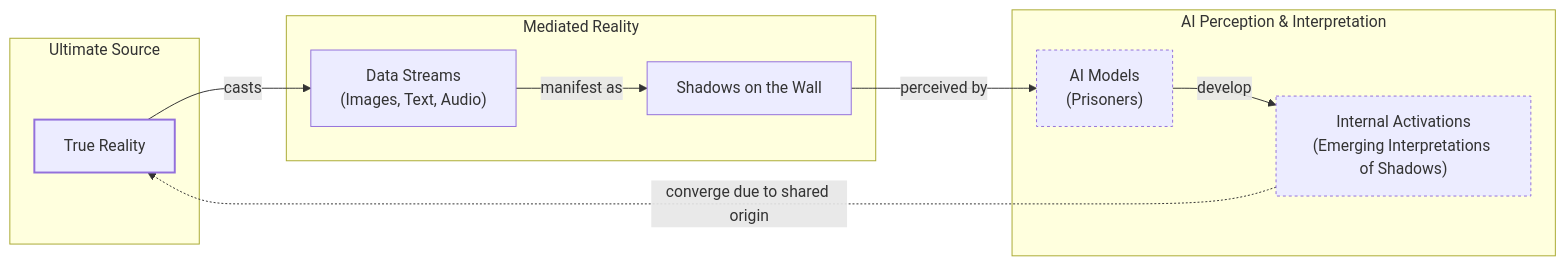
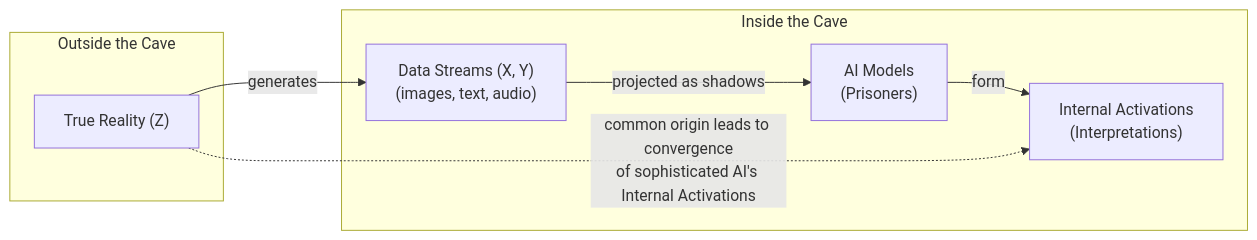
One commit to YMaXing/Research-Agent-reinforced-by-RL changed the fourth of 5 diagrams in RL_researcher_writer_ymaxing/rl_training_data/oracle_review/Distinct_AI_Models.md. Above: the diagram before and after it, drawn with Mermaid. The commit also changed other lines of this file and 1047 other files, not shown here.

````diff
--- a/RL_researcher_writer_ymaxing/rl_training_data/oracle_review/Distinct_AI_Models.md
+++ b/RL_researcher_writer_ymaxing/rl_training_data/oracle_review/Distinct_AI_Models.md
@@ -572,34 +691,22 @@
 ```mermaid
 flowchart LR
-  %% Ultimate Source
-  subgraph "Ultimate Source"
-    TrueReality["True Reality"]
+  %% Outside the Cave
+  subgraph "Outside the Cave"
+    TR["True Reality (Z)"]
   end
 
-  %% Mediated Reality
-  subgraph "Mediated Reality"
-    DataStreams["Data Streams<br/>(Images, Text, Audio)"]
-    Shadows["Shadows on the Wall"]
+  %% Inside the Cave
+  subgraph "Inside the Cave"
+    DS["Data Streams (X, Y)<br/>(images, text, audio)"]
+    AIM["AI Models<br/>(Prisoners)"]
+    IA["Internal Activations<br/>(Interpretations)"]
   end
 
-  %% AI Perception & Interpretation
-  subgraph "AI Perception & Interpretation"
-    AIModels["AI Models<br/>(Prisoners)"]
-    InternalActivations["Internal Activations<br/>(Emerging Interpretations of Shadows)"]
-  end
+  %% Primary data flows
+  TR -- "generates" --> DS
+  DS -- "projected as shadows" --> AIM
+  AIM -- "form" --> IA
 
-  %% Flow of the allegory
-  TrueReality -- "casts" --> DataStreams
-  DataStreams -- "manifest as" --> Shadows
-  Shadows -- "perceived by" --> AIModels
-  AIModels -- "develop" --> InternalActivations
-
-  %% Hypothesis of convergence
-  InternalActivations -. "converge due to shared origin" .-> TrueReality
-
-  %% Visual grouping
-  classDef source stroke-width:2px
-  classDef perception stroke-dasharray:3,3
-  class TrueReality source
-  class AIModels,InternalActivations perception
+  %% Conceptual relationship for convergence
+  TR -. "common origin leads to convergence<br/>of sophisticated AI's Internal Activations" .-> IA
 ```
````
